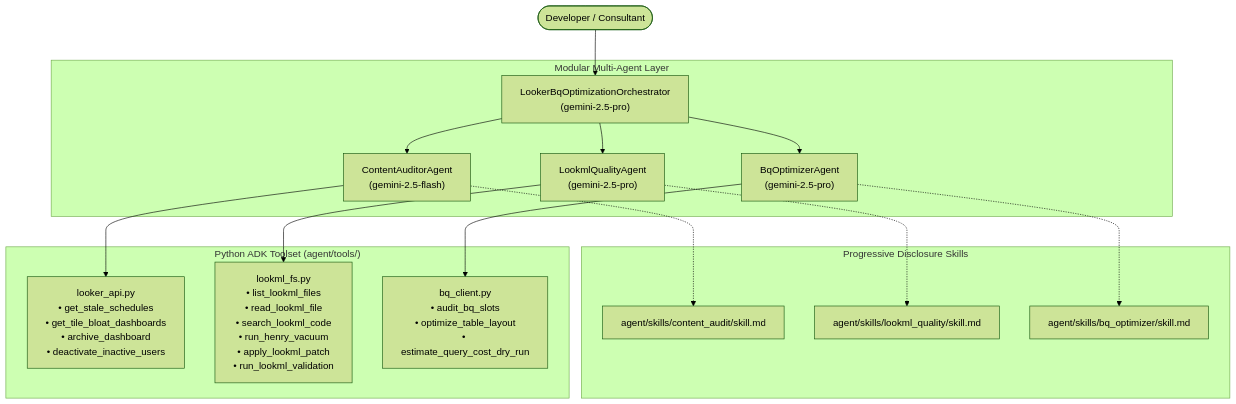
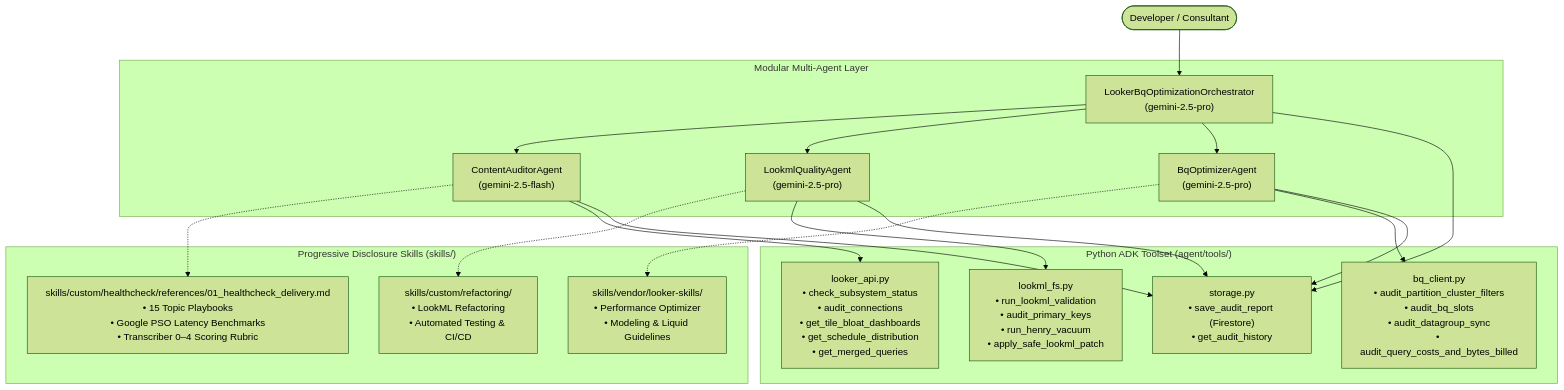
Before and after one commit to sam-pitcher/looker-healthcheck-skills: the diagram in README.md, drawn with Mermaid (forest theme). The commit also changed other lines of this file, not shown here.

Commit message:
docs(readme): update README with 30-check diagnostic matrix, 15 topic playbooks, and Firestore persistence architecture

````diff
--- a/README.md
+++ b/README.md
@@ -11,30 +11,35 @@
 ```mermaid
 graph TD
     USER(["Developer / Consultant"]) --> ROOT["LookerBqOptimizationOrchestrator<br/>(gemini-2.5-pro)"]
 
     subgraph Multi_Agent_Layer["Modular Multi-Agent Layer"]
         ROOT --> SUB1["ContentAuditorAgent<br/>(gemini-2.5-flash)"]
         ROOT --> SUB2["LookmlQualityAgent<br/>(gemini-2.5-pro)"]
         ROOT --> SUB3["BqOptimizerAgent<br/>(gemini-2.5-pro)"]
     end
 
-    subgraph Progressive_Skills["Progressive Disclosure Skills"]
-        SKILL1["agent/skills/content_audit/skill.md"]
-        SKILL2["agent/skills/lookml_quality/skill.md"]
-        SKILL3["agent/skills/bq_optimizer/skill.md"]
+    subgraph Progressive_Skills["Progressive Disclosure Skills (skills/)"]
+        SKILL1["skills/custom/healthcheck/references/01_healthcheck_delivery.md<br/>• 15 Topic Playbooks<br/>• Google PSO Latency Benchmarks<br/>• Transcriber 0–4 Scoring Rubric"]
+        SKILL2["skills/custom/refactoring/<br/>• LookML Refactoring<br/>• Automated Testing & CI/CD"]
+        SKILL3["skills/vendor/looker-skills/<br/>• Performance Optimizer<br/>• Modeling & Liquid Guidelines"]
     end
 
     subgraph Deterministic_Tools["Python ADK Toolset (agent/tools/)"]
-        TOOL1["looker_api.py<br/>• get_stale_schedules<br/>• get_tile_bloat_dashboards<br/>• archive_dashboard<br/>• deactivate_inactive_users"]
-        TOOL2["lookml_fs.py<br/>• list_lookml_files<br/>• read_lookml_file<br/>• search_lookml_code<br/>• run_henry_vacuum<br/>• apply_lookml_patch<br/>• run_lookml_validation"]
-        TOOL3["bq_client.py<br/>• audit_bq_slots<br/>• optimize_table_layout<br/>• estimate_query_cost_dry_run"]
+        TOOL1["looker_api.py<br/>• check_subsystem_status<br/>• audit_connections<br/>• get_tile_bloat_dashboards<br/>• get_schedule_distribution<br/>• get_merged_queries"]
+        TOOL2["lookml_fs.py<br/>• run_lookml_validation<br/>• audit_primary_keys<br/>• run_henry_vacuum<br/>• apply_safe_lookml_patch"]
+        TOOL3["bq_client.py<br/>• audit_partition_cluster_filters<br/>• audit_bq_slots<br/>• audit_datagroup_sync<br/>• audit_query_costs_and_bytes_billed"]
+        TOOL4["storage.py<br/>• save_audit_report (Firestore)<br/>• get_audit_history"]
     end
 
     SUB1 -.-> SKILL1
     SUB2 -.-> SKILL2
     SUB3 -.-> SKILL3
 
     SUB1 --> TOOL1
     SUB2 --> TOOL2
     SUB3 --> TOOL3
+    ROOT --> TOOL4
+    SUB1 --> TOOL4
+    SUB2 --> TOOL4
+    SUB3 --> TOOL4
 ```
````
